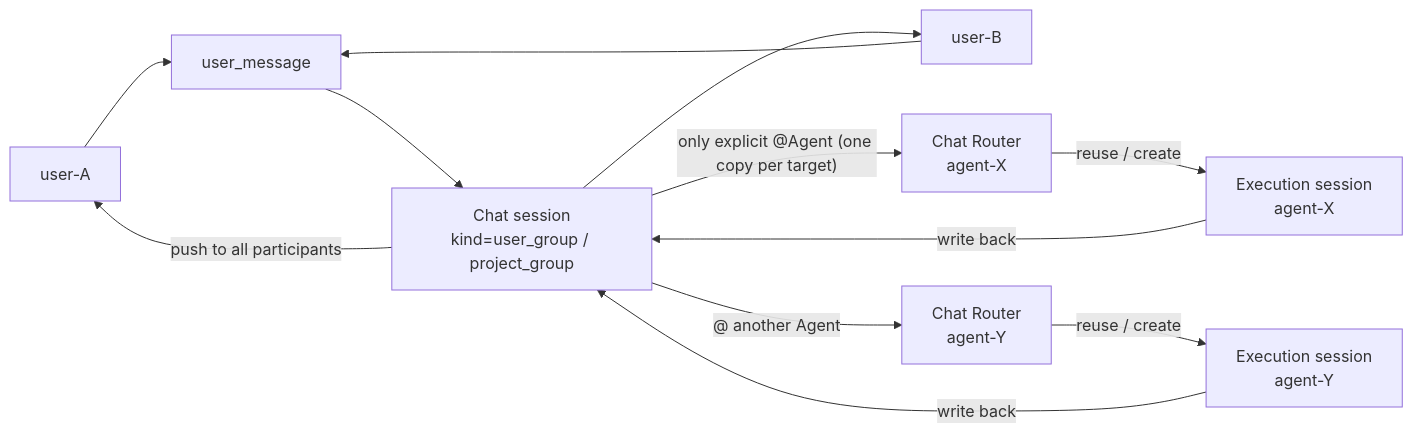
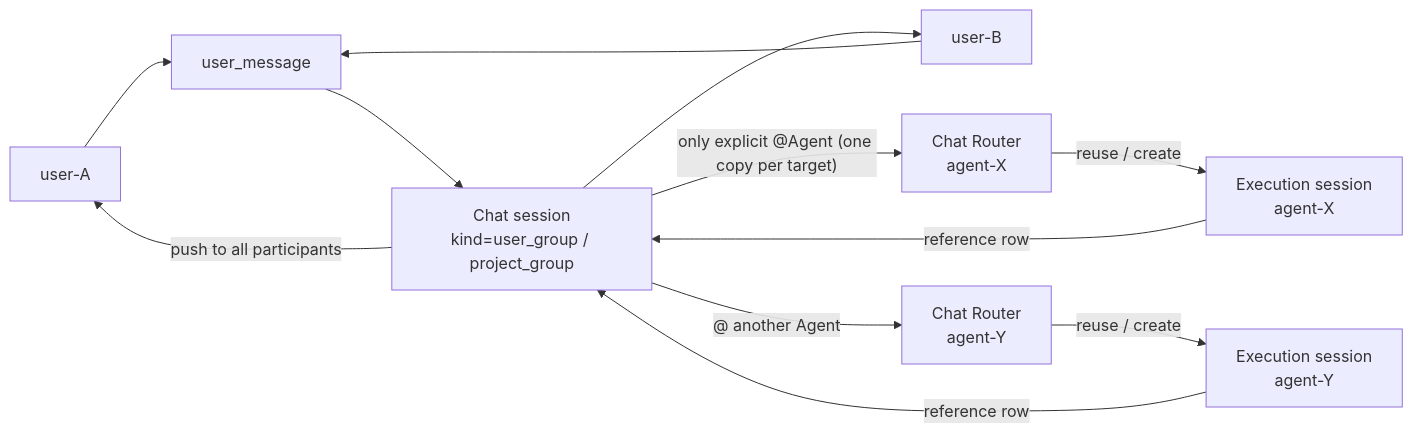
The second of 10 diagrams in docs/design/en/27-intent-messaging-and-group-chat.md (acowork/acowork), drawn with Mermaid before and after one commit. The commit also changed other lines of this file and 3 other files, not shown here.

````diff
--- a/docs/design/en/27-intent-messaging-and-group-chat.md
+++ b/docs/design/en/27-intent-messaging-and-group-chat.md
@@ -62,14 +64,14 @@
 ```mermaid
 graph LR
     U1["user-A"] --> MSG["user_message"]
     U2["user-B"] --> MSG
     MSG --> GC["Chat session<br/>kind=user_group / project_group"]
     GC -->|"only explicit @Agent (one copy per target)"| R1["Chat Router<br/>agent-X"]
     GC -->|"@ another Agent"| R2["Chat Router<br/>agent-Y"]
     R1 -->|"reuse / create"| ES1["Execution session<br/>agent-X"]
     R2 -->|"reuse / create"| ES2["Execution session<br/>agent-Y"]
-    ES1 -->|"write back"| GC
-    ES2 -->|"write back"| GC
+    ES1 -->|"reference row"| GC
+    ES2 -->|"reference row"| GC
     GC -->|"push to all participants"| U1
     GC --> U2
 ```
````
